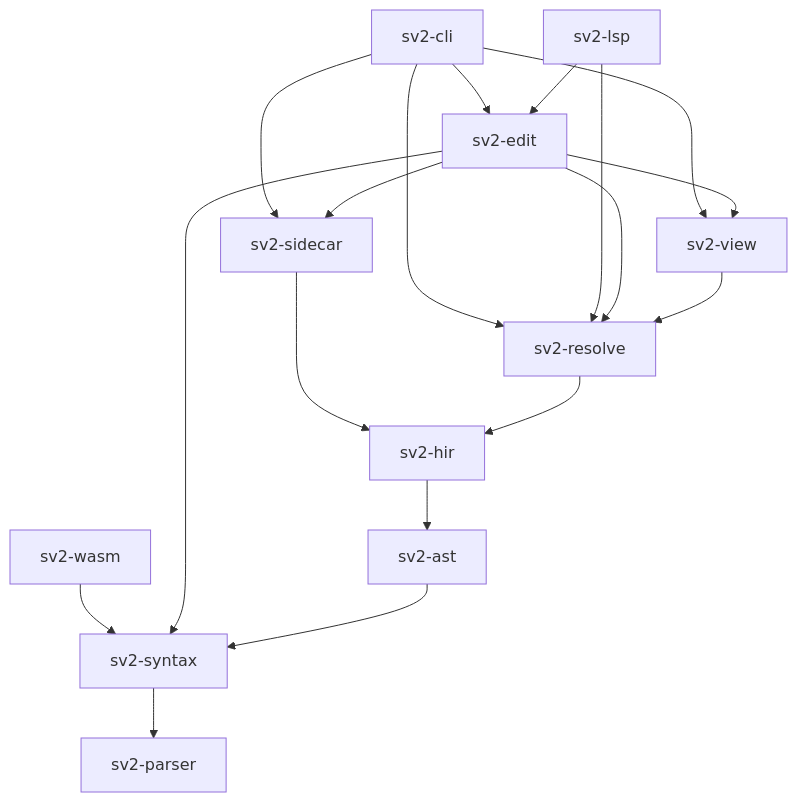
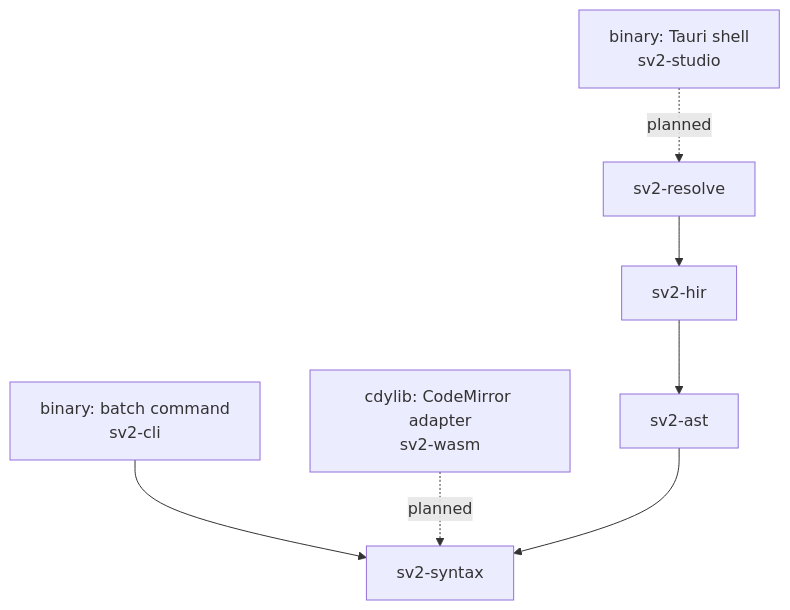
One commit to ddunnock/sv2 changed the diagram in docs/CRATES.md. Above: the diagram before and after it, drawn with Mermaid. The commit also changed other lines of this file and 3 other files, not shown here.

````diff
--- a/docs/CRATES.md
+++ b/docs/CRATES.md
@@ -47,36 +60,16 @@
 ```mermaid
 flowchart TD
-    cli[sv2-cli]
-    wasm[sv2-wasm]
-    lsp[sv2-lsp]
-    edit[sv2-edit]
-    view[sv2-view]
-    sidecar[sv2-sidecar]
-    resolve[sv2-resolve]
-    hir[sv2-hir]
-    ast[sv2-ast]
-    syntax[sv2-syntax]
-    parser[sv2-parser]
-
-    cli --> edit
-    cli --> view
-    cli --> sidecar
-    cli --> resolve
-
-    lsp --> edit
-    lsp --> resolve
-
-    wasm --> syntax
-
-    edit --> view
-    edit --> sidecar
-    edit --> resolve
-    edit --> syntax
-
-    view --> resolve
-    sidecar --> hir
+    cli["binary: batch command<br/>sv2-cli"]
+    studio["binary: Tauri shell<br/>sv2-studio"]
+    wasm["cdylib: CodeMirror adapter<br/>sv2-wasm"]
+    resolve["sv2-resolve"]
+    hir["sv2-hir"]
+    ast["sv2-ast"]
+    syntax["sv2-syntax"]
+    cli --> syntax
+    studio -.planned.-> resolve
+    wasm -.planned.-> syntax
     resolve --> hir
     hir --> ast
     ast --> syntax
-    syntax --> parser
 ```
````
